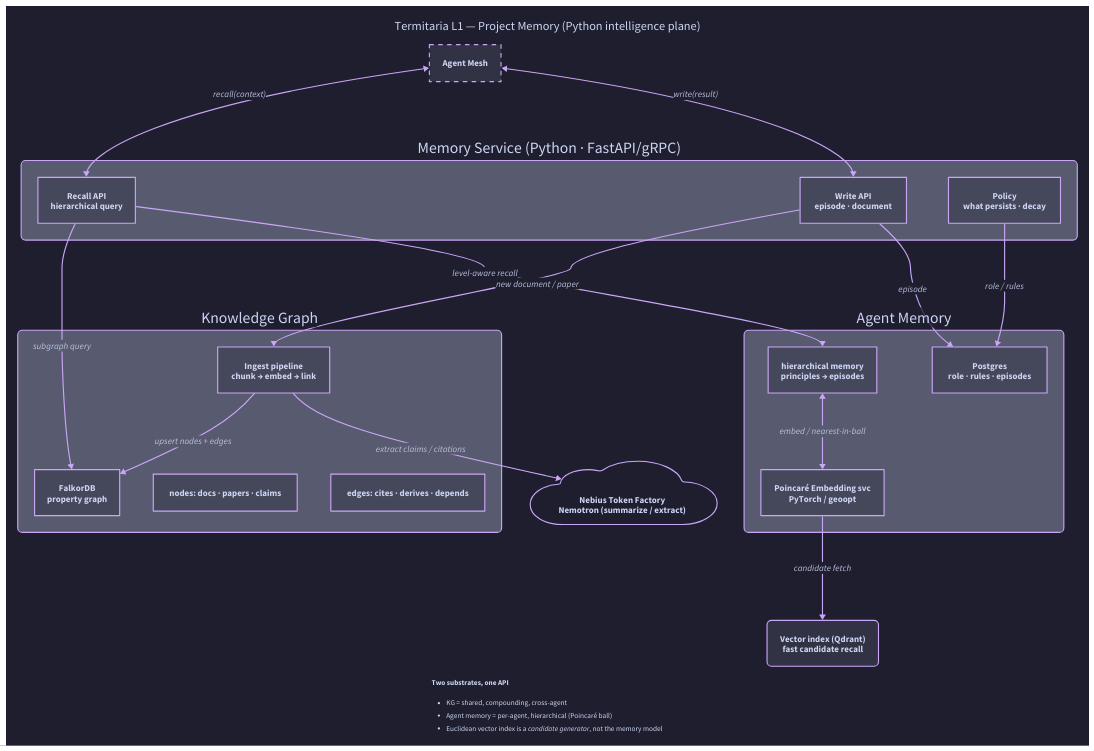
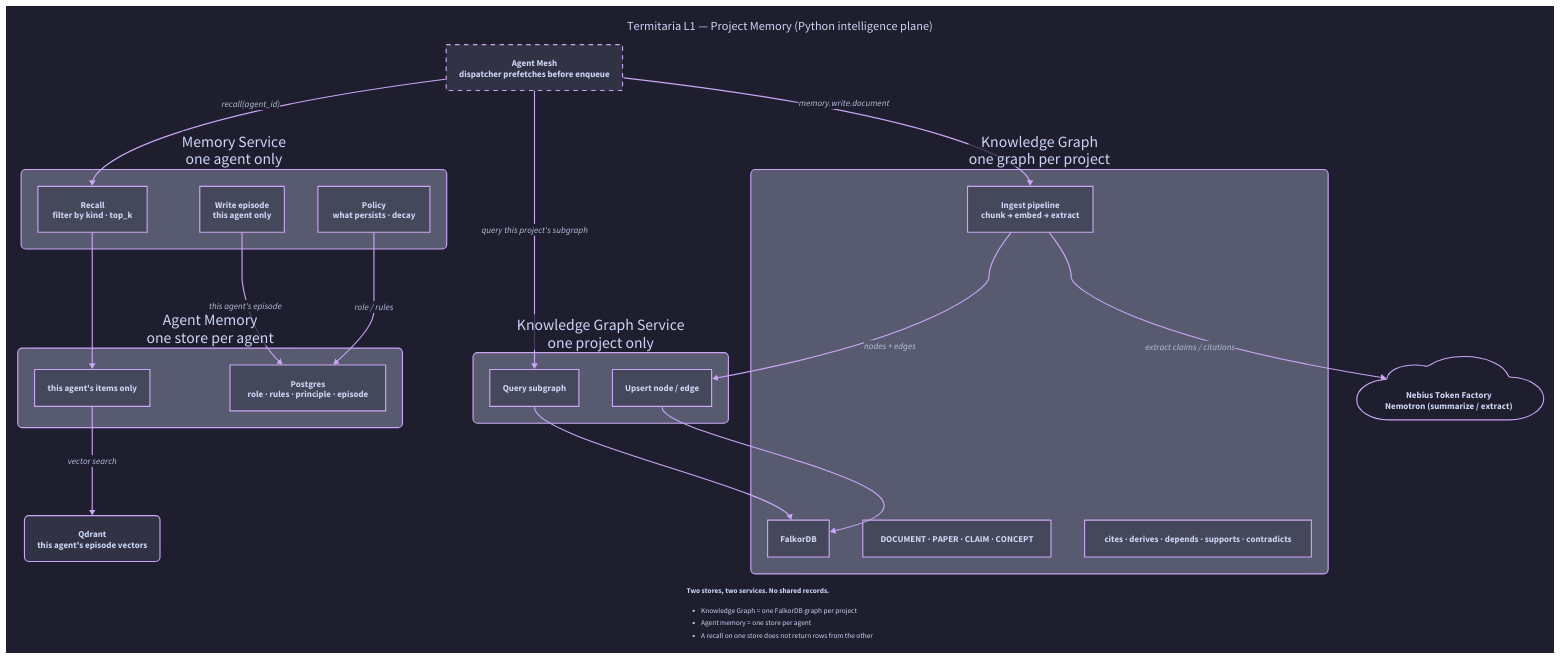
The diagram in docs/images/architecture-L1-memory.d2 (Darth-S1d1ous/Termitaria), drawn with D2 before and after one commit. The commit also changed 65 other files, not shown here.

```diff
--- a/docs/images/architecture-L1-memory.d2
+++ b/docs/images/architecture-L1-memory.d2
@@ -1,71 +1,76 @@
 vars: {
   d2-config: {
     sketch: false
     theme-id: 200
   }
 }
 
 direction: down
 
 title: "Termitaria L1 — Project Memory (Python intelligence plane)" {
   near: top-center
   shape: text
   style.font-size: 22
 }
 
-mesh: "Agent Mesh" {shape: rectangle; style.stroke-dash: 4}
+mesh: "Agent Mesh\ndispatcher prefetches before enqueue" {shape: rectangle; style.stroke-dash: 4}
 
-gw: "Memory Service (Python · FastAPI/gRPC)" {
+mem: "Memory Service\none agent only" {
   style.border-radius: 8
-  rec: "Recall API\nhierarchical query"
-  wr: "Write API\nepisode · document"
+  rec: "Recall\nfilter by kind · top_k"
+  wr: "Write episode\nthis agent only"
   pol: "Policy\nwhat persists · decay"
 }
 
-kg: "Knowledge Graph" {
+kgs: "Knowledge Graph Service\none project only" {
   style.border-radius: 8
-  store: "FalkorDB\nproperty graph"
-  ingest: "Ingest pipeline\nchunk → embed → link"
-  nodes: "nodes: docs · papers · claims"
-  edges: "edges: cites · derives · depends"
+  query: "Query subgraph"
+  upsert: "Upsert node / edge"
 }
 
-am: "Agent Memory" {
+kg: "Knowledge Graph\none graph per project" {
   style.border-radius: 8
-  pg: "Postgres\nrole · rules · episodes"
-  hyp: "Poincaré Embedding svc\nPyTorch / geoopt"
-  tree: "hierarchical memory\nprinciples → episodes"
+  store: "FalkorDB"
+  ingest: "Ingest pipeline\nchunk → embed → extract"
+  nodes: "DOCUMENT · PAPER · CLAIM · CONCEPT"
+  edges: "cites · derives · depends · supports · contradicts"
 }
 
-vec: "Vector index (Qdrant)\nfast candidate recall" {
+am: "Agent Memory\none store per agent" {
+  style.border-radius: 8
+  pg: "Postgres\nrole · rules · principle · episode"
+  recall: "this agent's items only"
+}
+
+vec: "Qdrant\nthis agent's episode vectors" {
   style.border-radius: 8
 }
 
 llm: "Nebius Token Factory\nNemotron (summarize / extract)" {
   shape: cloud
 }
 
-mesh <-> gw.rec: "recall(context)"
-mesh <-> gw.wr: "write(result)"
+mesh -> mem.rec: "recall(agent_id)"
+mesh -> kgs.query: "query this project's subgraph"
+mesh -> kg.ingest: "memory.write.document"
 
-gw.wr -> kg.ingest: "new document / paper"
-kg.ingest -> kg.store: "upsert nodes + edges"
+kg.ingest -> kgs.upsert: "nodes + edges"
 kg.ingest -> llm: "extract claims / citations"
-gw.rec -> kg.store: "subgraph query"
+kgs.upsert -> kg.store
+kgs.query -> kg.store
 
-gw.wr -> am.pg: "episode"
-gw.rec -> am.tree: "level-aware recall"
-am.tree <-> am.hyp: "embed / nearest-in-ball"
-am.hyp -> vec: "candidate fetch"
-am.pg <- gw.pol: "role / rules"
+mem.wr -> am.pg: "this agent's episode"
+mem.rec -> am.recall
+am.recall -> vec: "vector search"
+am.pg <- mem.pol: "role / rules"
 
 note: |md
-  **Two substrates, one API**
-  - KG = shared, compounding, cross-agent
-  - Agent memory = per-agent, hierarchical (Poincaré ball)
-  - Euclidean vector index is a *candidate generator*, not the memory model
+  **Two stores, two services. No shared records.**
+  - Knowledge Graph = one FalkorDB graph per project
+  - Agent memory = one store per agent
+  - A recall on one store does not return rows from the other
 | {
   near: bottom-center
   shape: text
   style.font-size: 13
 }
```
